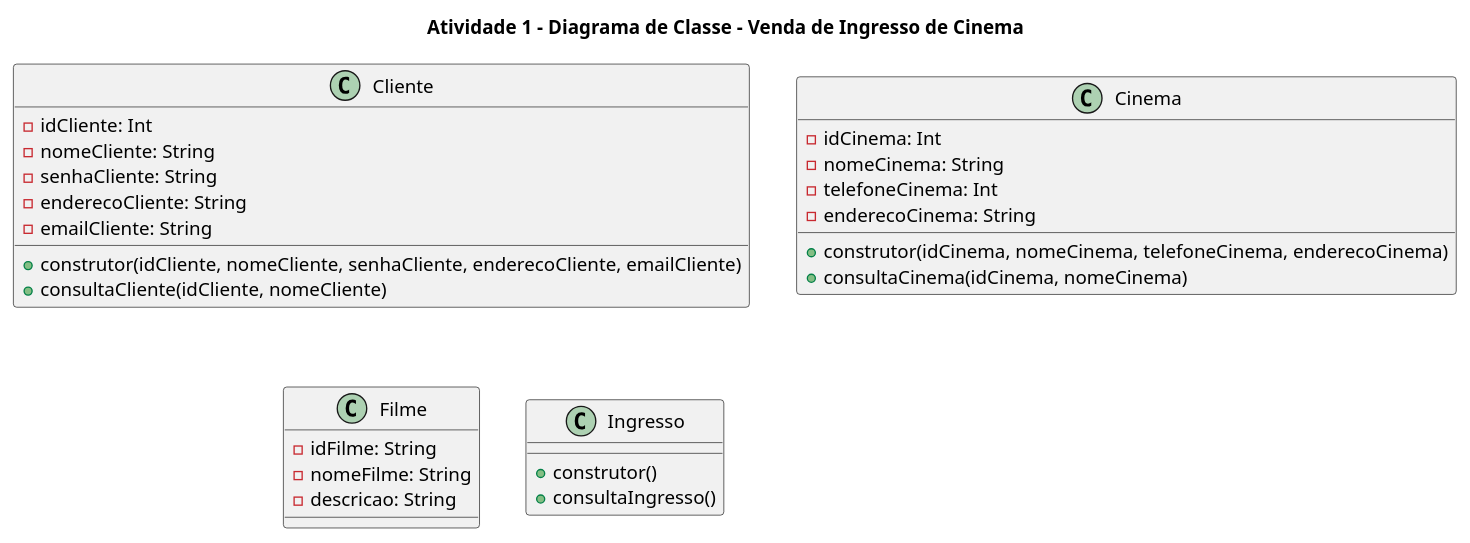
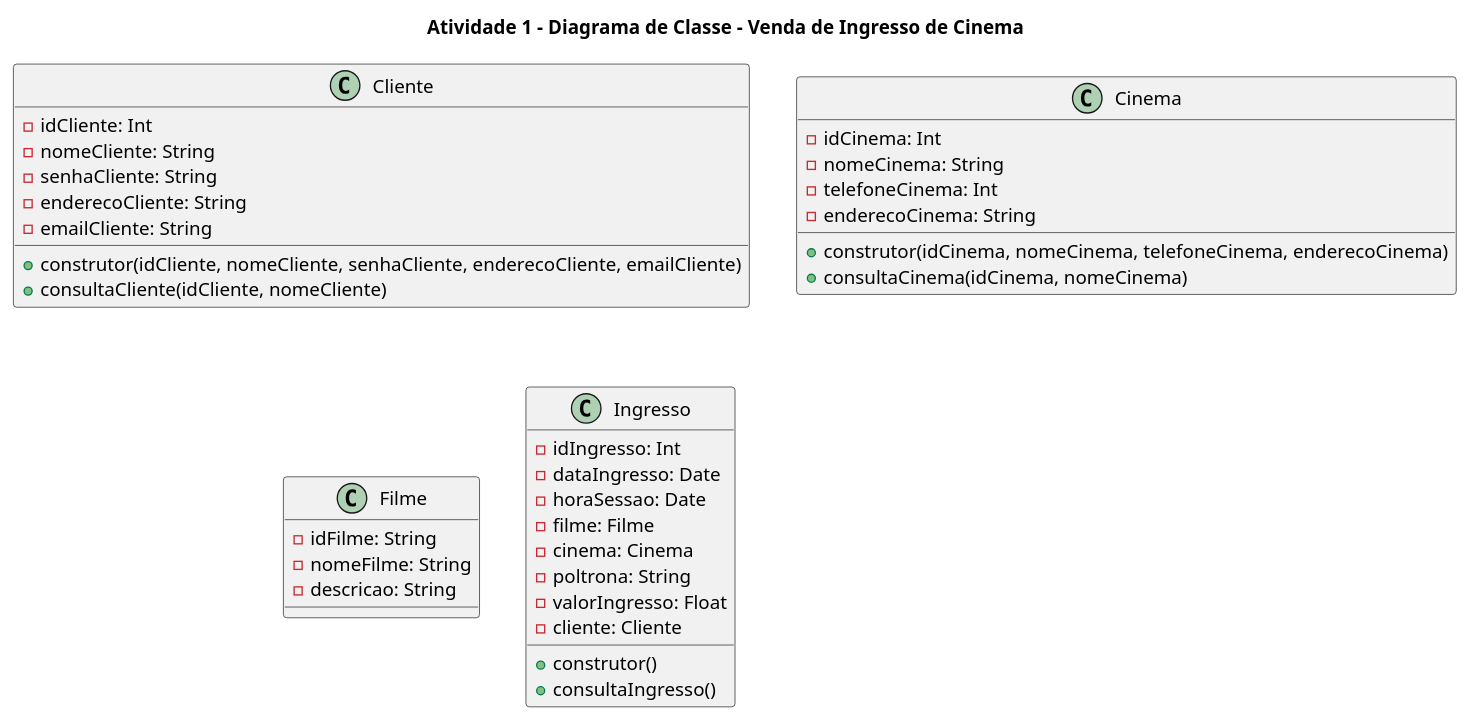
Before and after one commit to anleaes/2023-1-N1-POO-09: the diagram in Modelagem/Clientes.plantuml, drawn with PlantUML.

Commit message:
Ingresso
Modelagem da classe Ingresso

```diff
--- a/Modelagem/Clientes.plantuml
+++ b/Modelagem/Clientes.plantuml
@@ -2,38 +2,45 @@
 @startuml A1
 
 title Atividade 1 - Diagrama de Classe - Venda de Ingresso de Cinema
 
 
     class Cliente{
     - idCliente: Int
     - nomeCliente: String
     - senhaCliente: String 
     - enderecoCliente: String
     - emailCliente: String
     + construtor(idCliente, nomeCliente, senhaCliente, enderecoCliente, emailCliente)
     + consultaCliente(idCliente, nomeCliente)
 }
 
 class Cinema{
     - idCinema: Int
     - nomeCinema: String
     - telefoneCinema: Int
     - enderecoCinema: String
     + construtor(idCinema, nomeCinema, telefoneCinema, enderecoCinema)
     + consultaCinema(idCinema, nomeCinema)
 }
 
 class Filme{
     - idFilme: String
     - nomeFilme: String
     - descricao: String
 }
 
 class Ingresso{
-
+    - idIngresso: Int
+    - dataIngresso: Date
+    - horaSessao: Date
+    - filme: Filme
+    - cinema: Cinema
+    - poltrona: String
+    - valorIngresso: Float
+    - cliente: Cliente
     + construtor()
     + consultaIngresso()
 }
 
 
 @enduml
```
